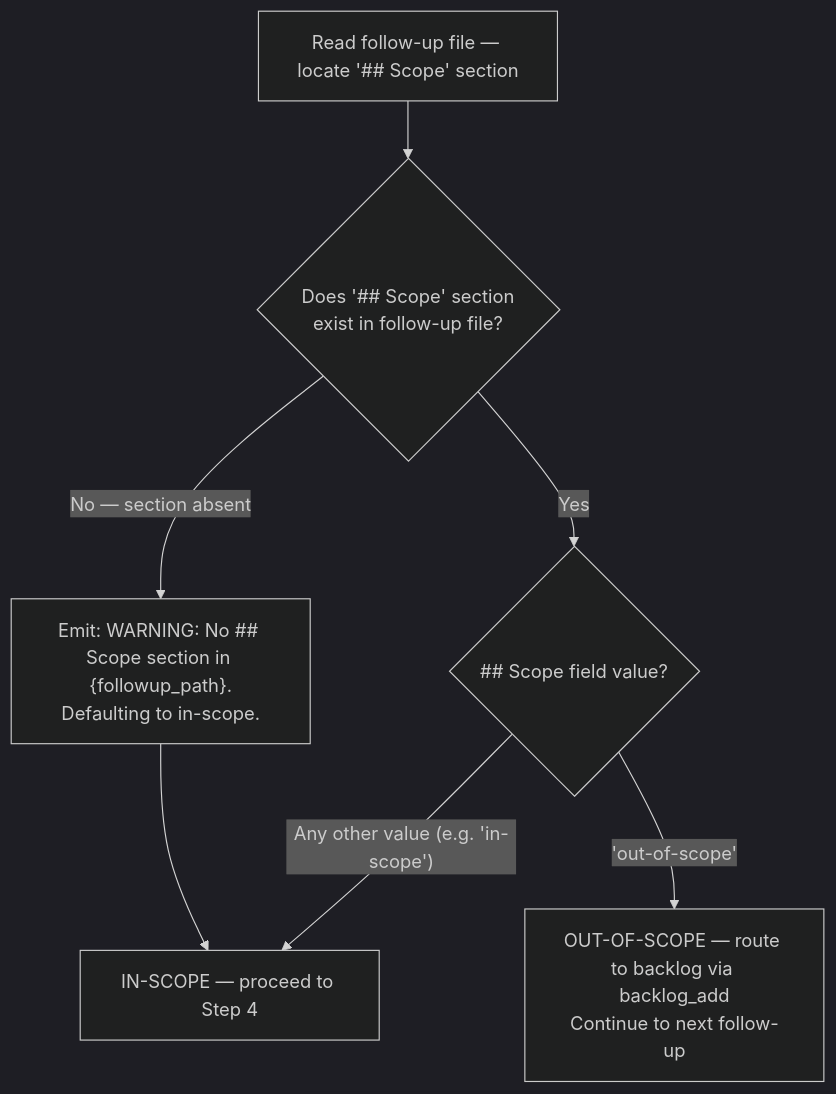
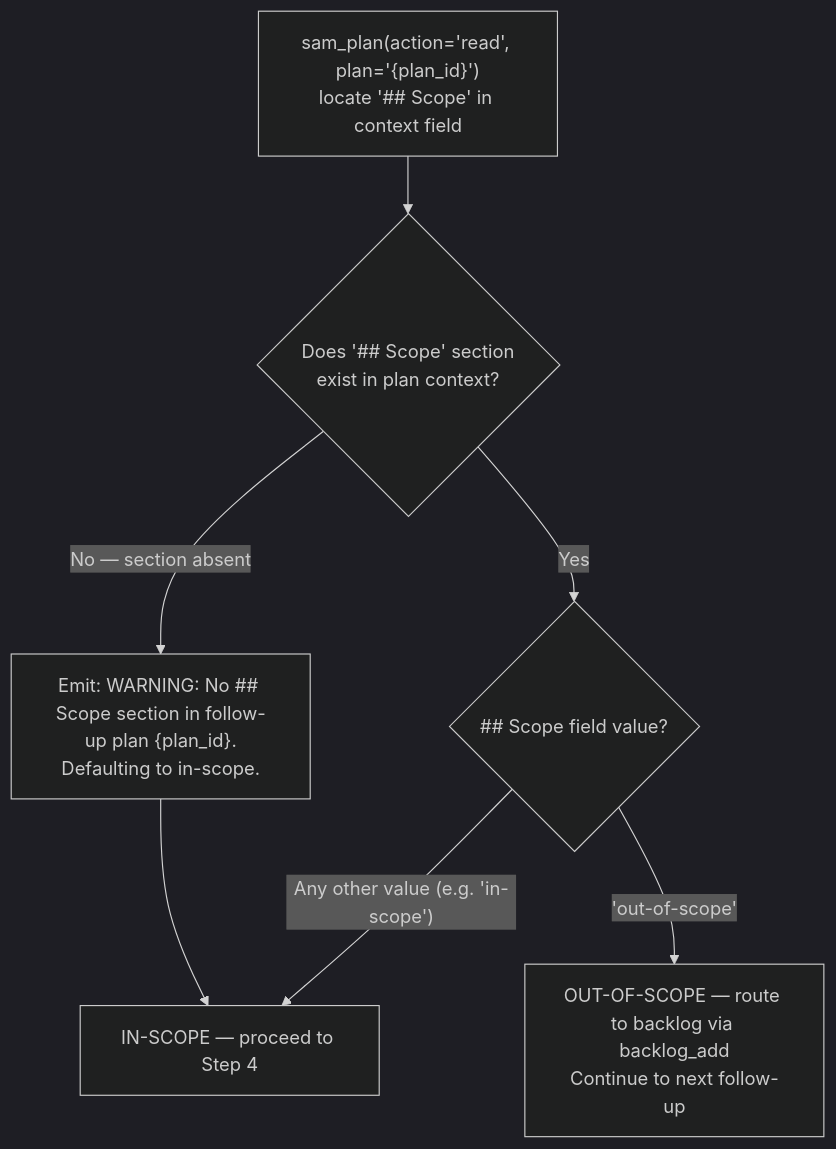
One commit to chgreer1070/claude_skills changed the second of 2 diagrams in plugins/development-harness/skills/complete-implementation/references/recursive-follow-up-handling.md. Above: the diagram before and after it, drawn with Mermaid (dark theme). The commit also changed other lines of this file and 4 other files, not shown here.

First line of the commit message:
fix(dh-skills): remove yaml file path references — use MCP for all plan/task/artifact access

````diff
--- a/plugins/development-harness/skills/complete-implementation/references/recursive-follow-up-handling.md
+++ b/plugins/development-harness/skills/complete-implementation/references/recursive-follow-up-handling.md
@@ -83,9 +79,9 @@
 ```mermaid
 flowchart TD
-    ReadScope["Read follow-up file — locate '## Scope' section"] --> ScopeExists{"Does '## Scope' section<br>exist in follow-up file?"}
-    ScopeExists -->|"No — section absent"| WarnDefault["Emit: WARNING: No ## Scope section in {followup_path}.<br>Defaulting to in-scope."]
+    ReadScope["sam_plan(action='read', plan='{plan_id}')<br>locate '## Scope' in context field"] --> ScopeExists{"Does '## Scope' section<br>exist in plan context?"}
+    ScopeExists -->|"No — section absent"| WarnDefault["Emit: WARNING: No ## Scope section in follow-up plan {plan_id}.<br>Defaulting to in-scope."]
     WarnDefault --> InScope["IN-SCOPE — proceed to Step 4"]
     ScopeExists -->|"Yes"| ScopeValue{"## Scope field value?"}
     ScopeValue -->|"'out-of-scope'"| OutScope["OUT-OF-SCOPE — route to backlog via backlog_add<br>Continue to next follow-up"]
     ScopeValue -->|"Any other value (e.g. 'in-scope')"| InScope
 ```
````
